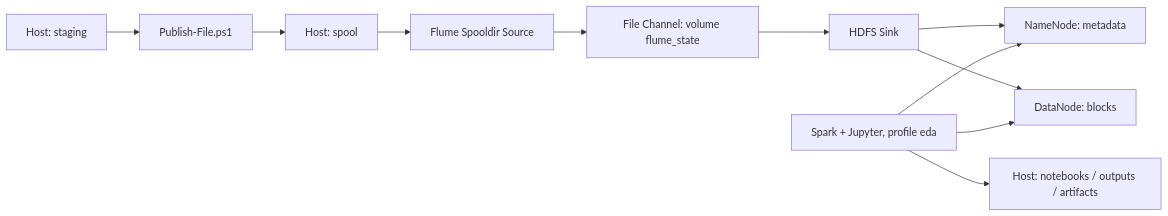
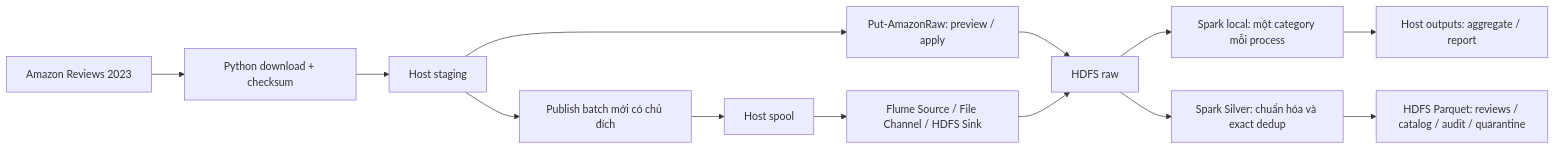
The diagram in docs/architecture.md (KhoaLeDang2375/Amazon-Recommendation-System), drawn with Mermaid before and after one commit. The commit also changed other lines of this file and 59 other files, not shown here.

Commit message:
chore: checkpoint repository cleanup, Silver and readiness EDA

````diff
--- a/docs/architecture.md
+++ b/docs/architecture.md
@@ -3,13 +7,15 @@
-```mermaid
+~~~mermaid
 flowchart LR
-    Host[Host: staging] --> Publish[Publish-File.ps1]
-    Publish --> Spool[Host: spool]
-    Spool --> Source[Flume Spooldir Source]
-    Source --> Channel[File Channel: volume flume_state]
-    Channel --> Sink[HDFS Sink]
-    Sink --> NN[NameNode: metadata]
-    Sink --> DN[DataNode: blocks]
-    Spark[Spark + Jupyter, profile eda] --> NN
-    Spark --> DN
-    Spark --> Out[Host: notebooks / outputs / artifacts]
-```
+    HF[Amazon Reviews 2023] --> DL[Python download + checksum]
+    DL --> ST[Host staging]
+    ST --> PUT[Put-AmazonRaw: preview / apply]
+    PUT --> RAW[HDFS raw]
+    ST --> PUB[Publish batch mới có chủ đích]
+    PUB --> SP[Host spool]
+    SP --> FL[Flume Source / File Channel / HDFS Sink]
+    FL --> RAW
+    RAW --> EDA[Spark local: một category mỗi process]
+    EDA --> OUT[Host outputs: aggregate / report]
+    RAW --> SILVER[Spark Silver: chuẩn hóa và exact dedup]
+    SILVER --> PQ[HDFS Parquet: reviews / catalog / audit / quarantine]
+~~~
````
